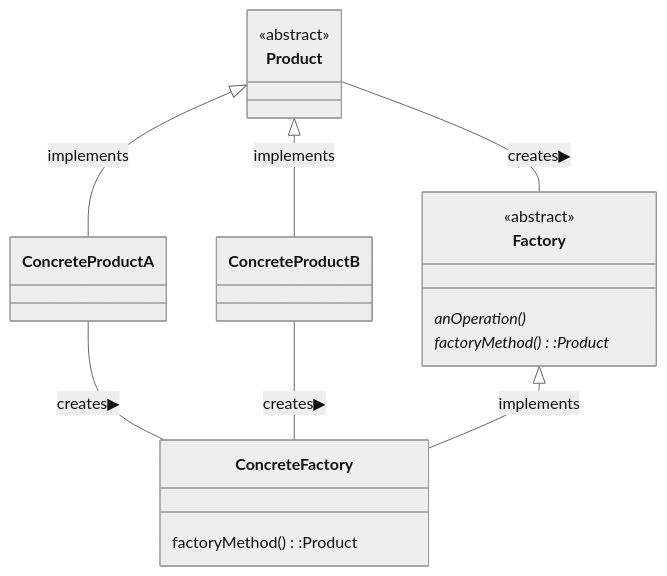
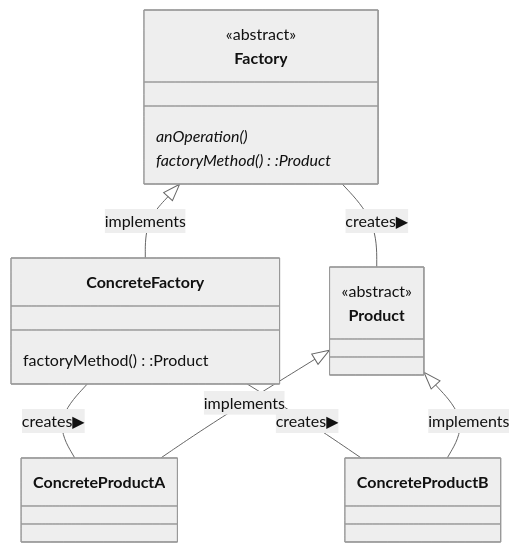
The third of 3 diagrams in DesignPattern.md (isoisoisso/08D20148), drawn with Mermaid (neutral theme) before and after one commit.

````diff
--- a/DesignPattern.md
+++ b/DesignPattern.md
@@ -109,26 +109,26 @@
 ```mermaid
 classDiagram
     class Factory{
       <<abstract>>
       anOperation()*
       factoryMethod():Product*
     }
     class Product{
       <<abstract>>
     }
     class ConcreteFactory{
       factoryMethod():Product
     }
     class ConcreteProductA{
 
     }
     class ConcreteProductA{
 
     }
-    Product -- Factory : creates▶
-    ConcreteProductA -- ConcreteFactory : creates▶
-    ConcreteProductB -- ConcreteFactory : creates▶
+    Factory -- Product : creates▶
+    ConcreteFactory -- ConcreteProductA : creates▶
+    ConcreteFactory -- ConcreteProductB : creates▶
     Factory <|-- ConcreteFactory : implements
     Product <|-- ConcreteProductA : implements
     Product <|-- ConcreteProductB : implements
 ```
````
